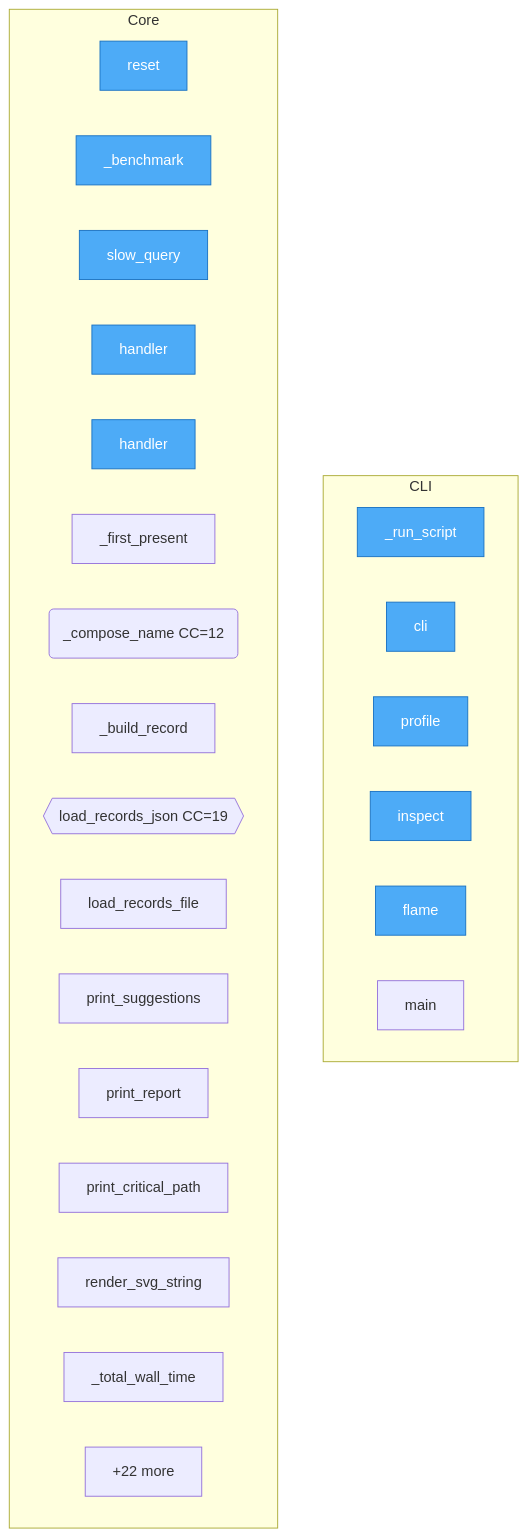
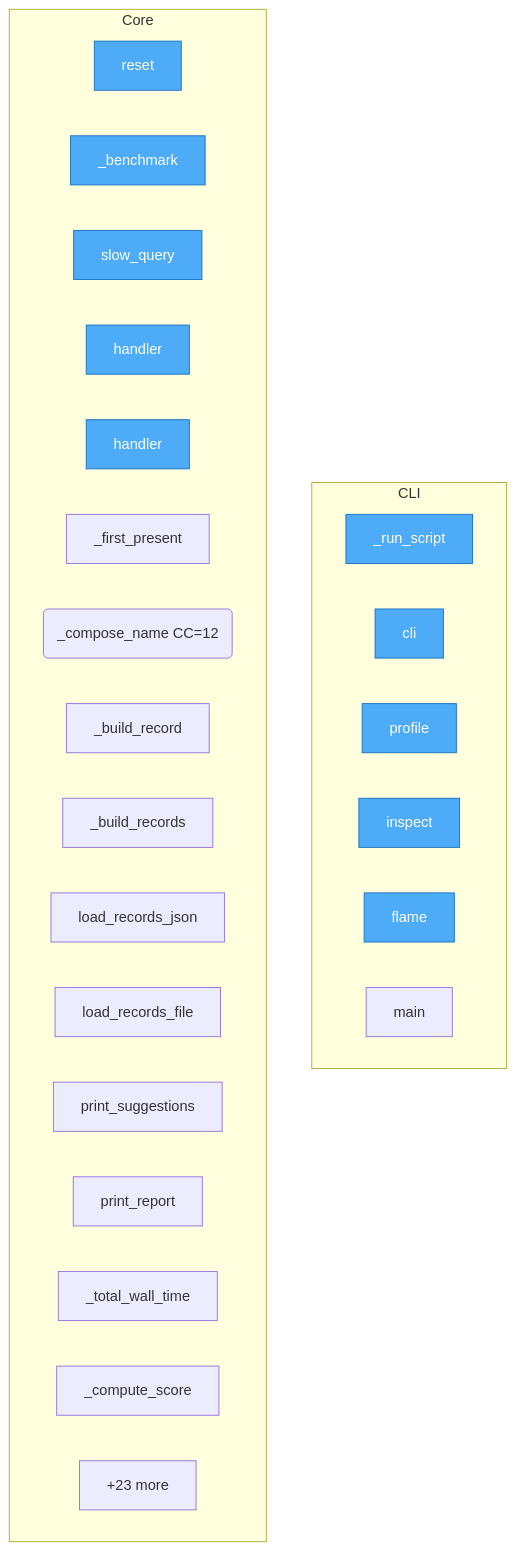
Before and after one commit to semcod/metrun: the diagram in project/flow.mmd, drawn with Mermaid. The commit also changed 33 other files, not shown here.

```diff
--- a/project/flow.mmd
+++ b/project/flow.mmd
@@ -1,34 +1,34 @@
 flowchart TD
 
     %% Entry points (blue)
     classDef entry fill:#4dabf7,stroke:#1971c2,color:#fff
 
     subgraph CLI
         metrun__cli___run_script["_run_script"]
         metrun__cli__cli["cli"]
         metrun__cli__profile["profile"]
         metrun__cli__inspect["inspect"]
         metrun__cli__flame["flame"]
         metrun__cli__main["main"]
     end
 
     subgraph Core
         project__reset["reset"]
         project___benchmark["_benchmark"]
         project__slow_query["slow_query"]
         project__handler["handler"]
         demo__handler["handler"]
         metrun__records_io___first_present["_first_present"]
         metrun__records_io___compose_name("_compose_name CC=12")
         metrun__records_io___build_record["_build_record"]
-        metrun__records_io__load_records_json{{load_records_json CC=19}}
+        metrun__records_io___build_records["_build_records"]
+        metrun__records_io__load_records_json["load_records_json"]
         metrun__records_io__load_records_file["load_records_file"]
         metrun__suggestions__print_suggestions["print_suggestions"]
         metrun__report__print_report["print_report"]
-        metrun__critical_path__print_critical_path["print_critical_path"]
-        metrun__flamegraph__render_svg_string["render_svg_string"]
         metrun__bottleneck__BottleneckEngine___total_wall_time["_total_wall_time"]
-        ...["+22 more"]
+        metrun__bottleneck__BottleneckEngine___compute_score["_compute_score"]
+        ...["+23 more"]
     end
 
     class project__reset,project___benchmark,project__slow_query,project__handler,demo__handler,metrun__cli___run_script,metrun__cli__cli,metrun__cli__profile,metrun__cli__inspect,metrun__cli__flame entry
```
